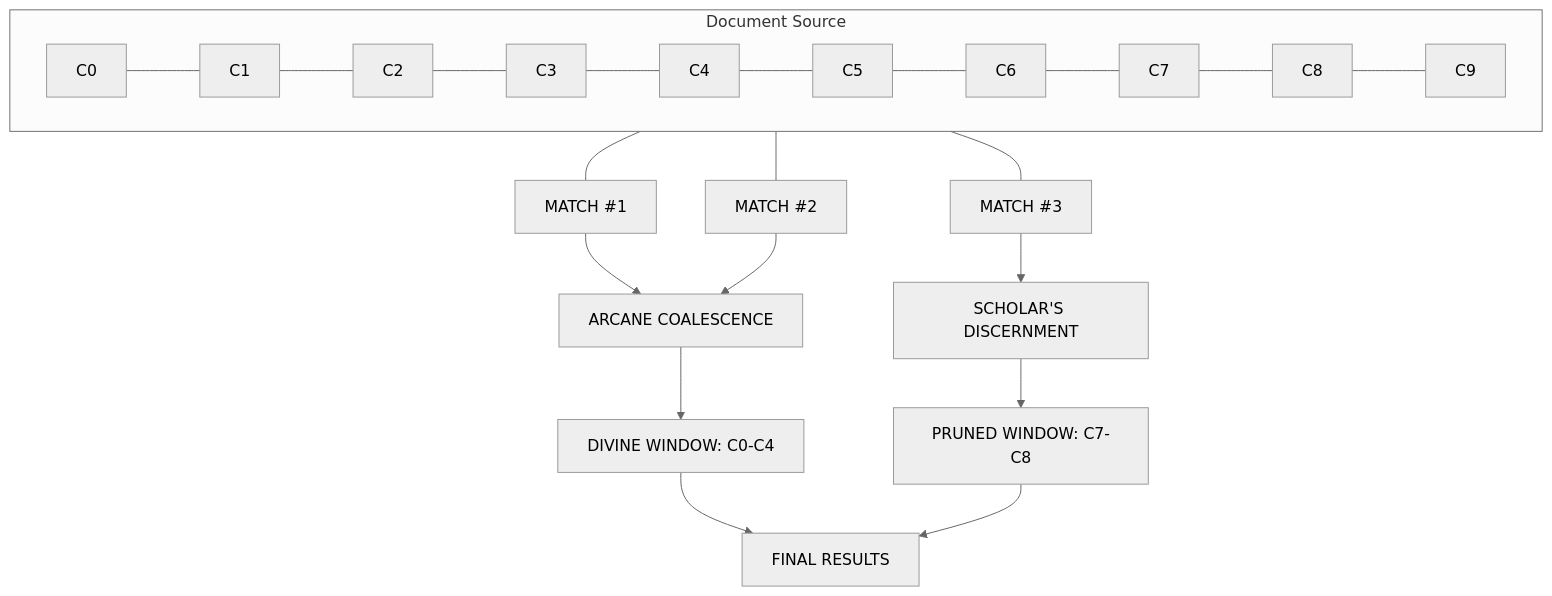
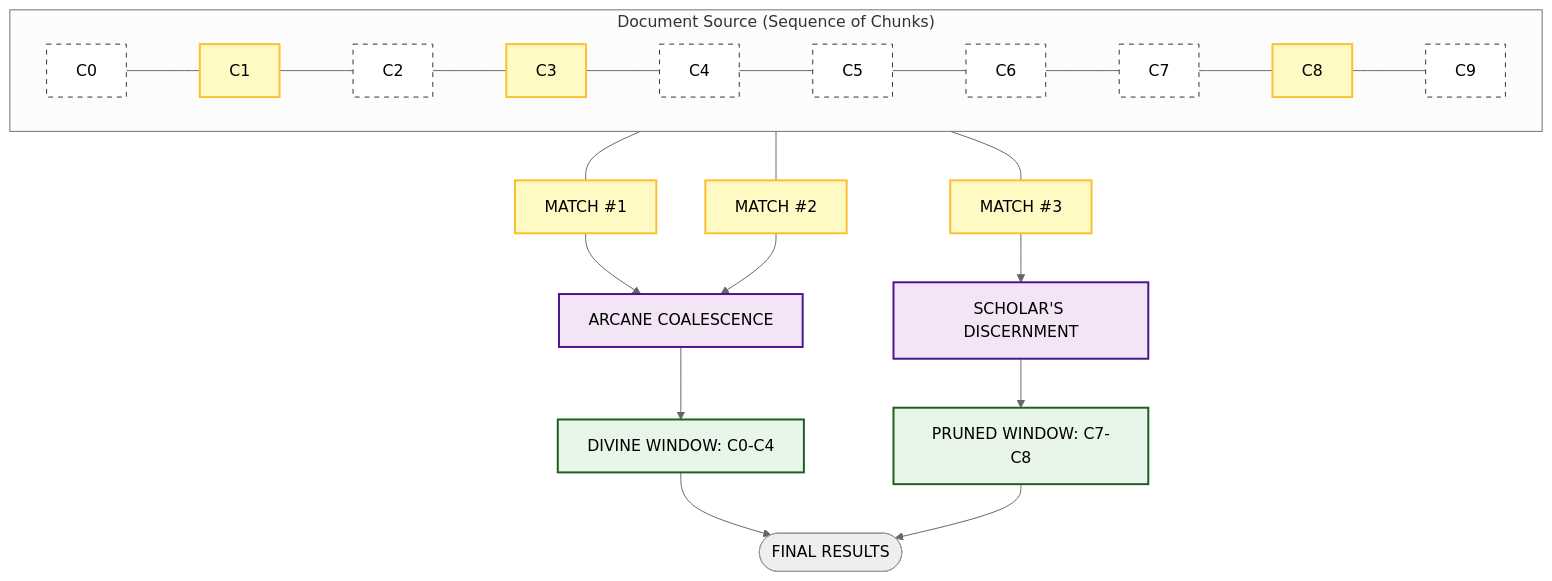
The third of 5 diagrams in docs/ARCHITECTURE.md (BansheeEmperor/candlekeep), drawn with Mermaid (neutral theme) before and after one commit. The commit also changed other lines of this file and 1 other file, not shown here.

First line of the commit message:
docs: enhance mermaid diagrams with improved layout and styling

````diff
--- a/docs/ARCHITECTURE.md
+++ b/docs/ARCHITECTURE.md
@@ -94,21 +117,31 @@
 ```mermaid
 graph TD
-    subgraph Source ["Document Source"]
+    classDef chunk fill:#fff,stroke:#333,stroke-dasharray: 5 5;
+    classDef match fill:#fff9c4,stroke:#fbc02d,stroke-width:2px;
+    classDef process fill:#f3e5f5,stroke:#4a148c,stroke-width:2px;
+    classDef window fill:#e8f5e9,stroke:#1b5e20,stroke-width:2px;
+
+    subgraph Source ["Document Source (Sequence of Chunks)"]
         direction LR
         C0[C0] --- C1[C1] --- C2[C2] --- C3[C3] --- C4[C4] --- C5[C5] --- C6[C6] --- C7[C7] --- C8[C8] --- C9[C9]
     end
+    class C0,C2,C4,C5,C6,C7,C9 chunk;
+    class C1,C3,C8 match;
 
     C1 --- M2[MATCH #2]
     C3 --- M1[MATCH #1]
     C8 --- M3[MATCH #3]
+    class M1,M2,M3 match;
 
     M1 --> Coalescence[ARCANE COALESCENCE]
     M2 --> Coalescence
     M3 --> Discernment[SCHOLAR'S DISCERNMENT]
+    class Coalescence,Discernment process;
 
     Coalescence --> Window1[DIVINE WINDOW: C0-C4]
     Discernment --> Window2[PRUNED WINDOW: C7-C8]
+    class Window1,Window2 window;
 
-    Window1 --> Final[FINAL RESULTS]
+    Window1 --> Final([FINAL RESULTS])
     Window2 --> Final
 ```
````
